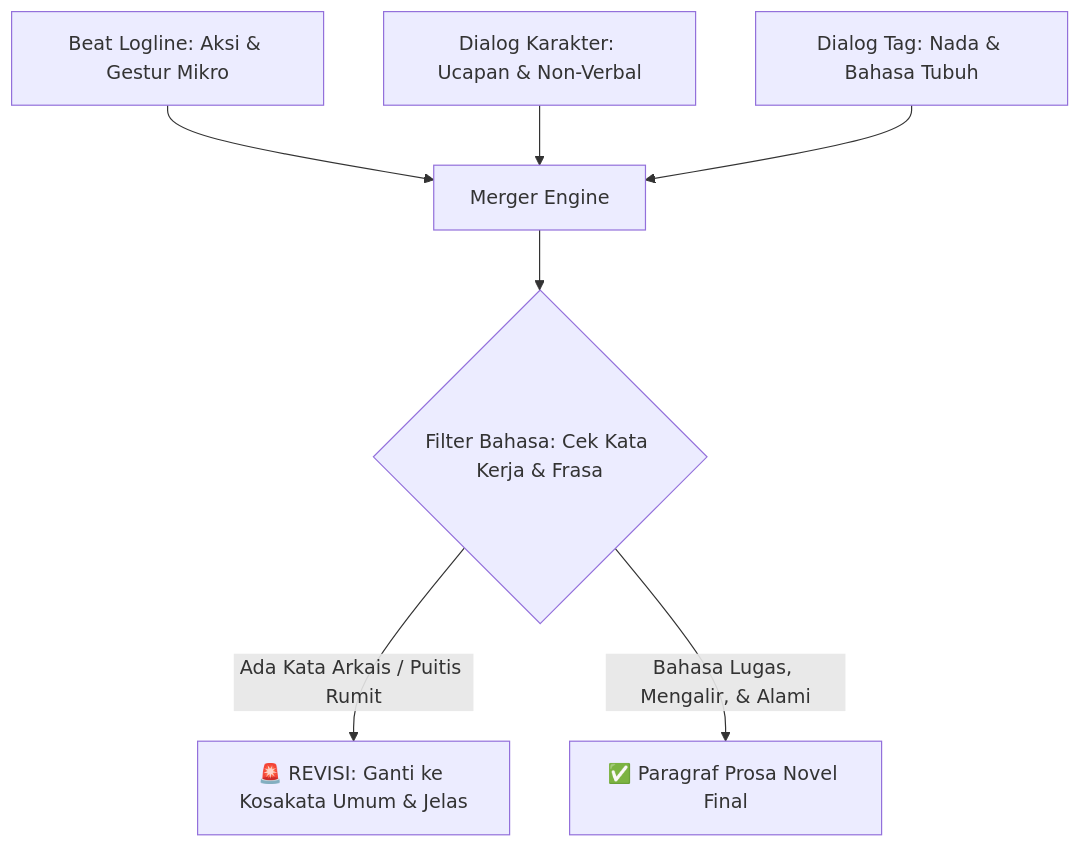
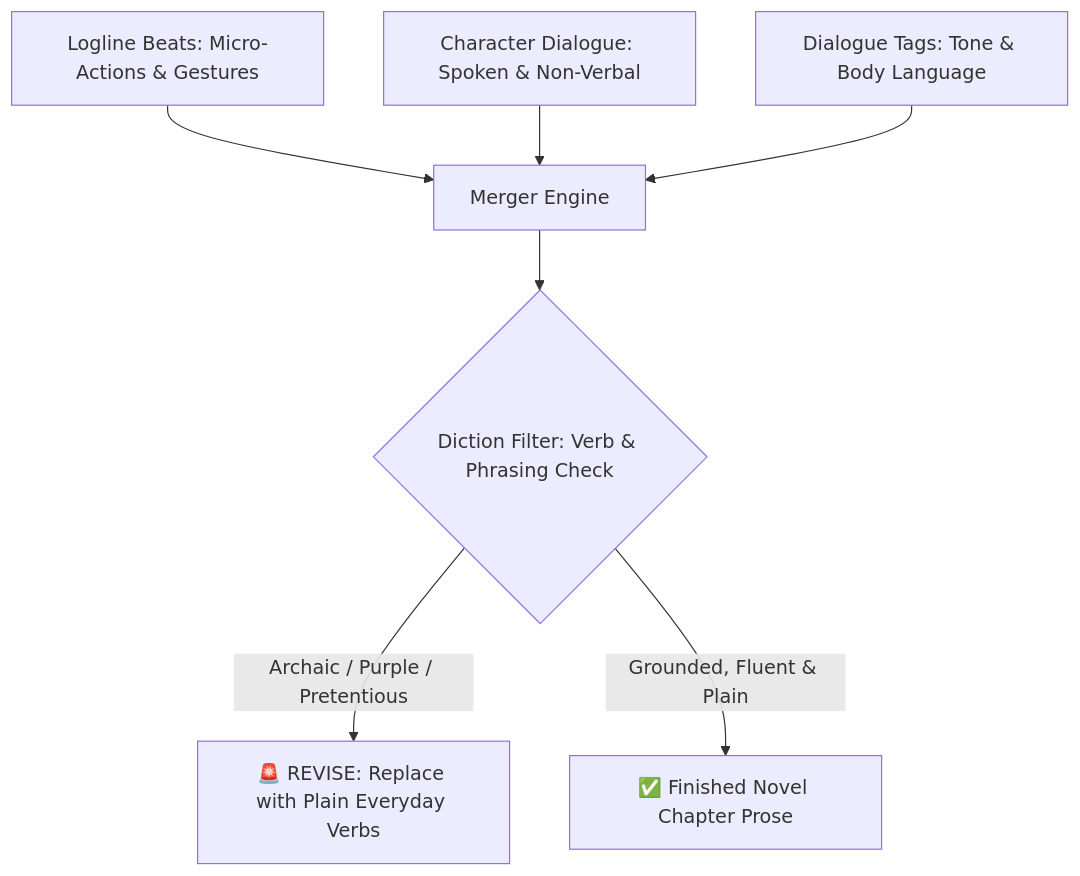
Before and after one commit to dwianggororeal/detailed-novel-agent-skill: the diagram in narration_and_merger/NARRATION_AND_MERGER_GUIDE.md, drawn with Mermaid. The commit also changed other lines of this file and 57 other files, not shown here.

````diff
--- a/narration_and_merger/NARRATION_AND_MERGER_GUIDE.md
+++ b/narration_and_merger/NARRATION_AND_MERGER_GUIDE.md
@@ -9,9 +9,9 @@
 ```mermaid
 graph TD
-    A[Beat Logline: Aksi & Gestur Mikro] --> D[Merger Engine]
-    B[Dialog Karakter: Ucapan & Non-Verbal] --> D
-    C[Dialog Tag: Nada & Bahasa Tubuh] --> D
-    D --> E{Filter Bahasa: Cek Kata Kerja & Frasa}
-    E -->|Ada Kata Arkais / Puitis Rumit| F[🚨 REVISI: Ganti ke Kosakata Umum & Jelas]
-    E -->|Bahasa Lugas, Mengalir, & Alami| G[✅ Paragraf Prosa Novel Final]
+    A[Logline Beats: Micro-Actions & Gestures] --> D[Merger Engine]
+    B[Character Dialogue: Spoken & Non-Verbal] --> D
+    C[Dialogue Tags: Tone & Body Language] --> D
+    D --> E{Diction Filter: Verb & Phrasing Check}
+    E -->|Archaic / Purple / Pretentious| F[🚨 REVISE: Replace with Plain Everyday Verbs]
+    E -->|Grounded, Fluent & Plain| G[✅ Finished Novel Chapter Prose]
 ```
````
